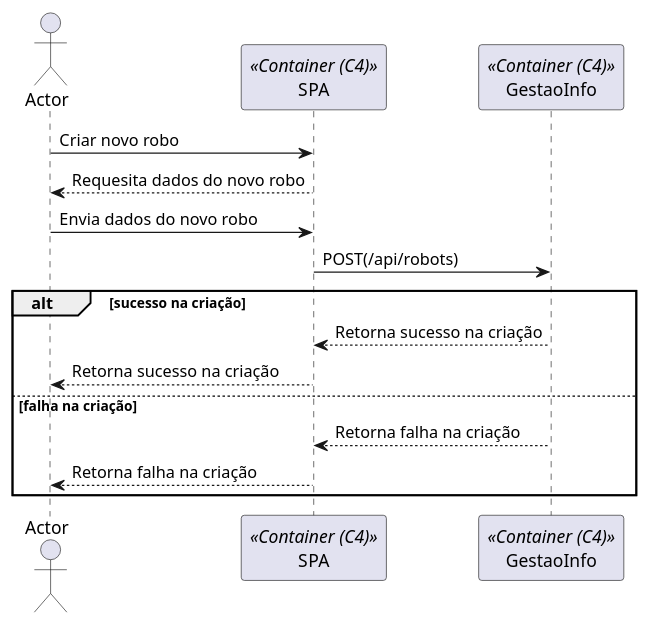
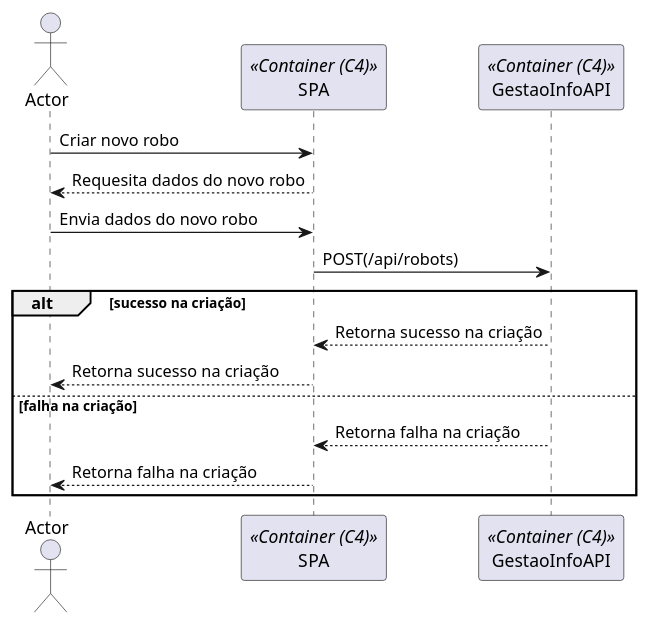
One commit to ruben1132/PI5_23-24 changed the diagram in docs/Nivel2/N2_US360.puml. Above: the diagram before and after it, drawn with PlantUML. The commit also changed 13 other files, not shown here.

Commit message:
#1 #2 #3 #5 #9 #20 diagramas nivel 2

```diff
--- a/docs/Nivel2/N2_US360.puml
+++ b/docs/Nivel2/N2_US360.puml
@@ -1,21 +1,21 @@
 @startuml
 
 actor Actor as Actor
 participant "SPA" as Container <<Container (C4)>>
-participant "GestaoInfo" as Armazem <<Container (C4)>>
+participant "GestaoInfoAPI" as API <<Container (C4)>>
 
 Actor -> Container: Criar novo robo
 Container --> Actor: Requesita dados do novo robo
 
 Actor -> Container: Envia dados do novo robo
-Container -> Armazem: POST(/api/robots)
+Container -> API: POST(/api/robots)
 
 alt sucesso na criação
-    Armazem --> Container: Retorna sucesso na criação
+    API --> Container: Retorna sucesso na criação
     Container --> Actor: Retorna sucesso na criação
 else falha na criação
-    Armazem --> Container: Retorna falha na criação
+    API --> Container: Retorna falha na criação
     Container --> Actor: Retorna falha na criação
 end
 
 @enduml
```
